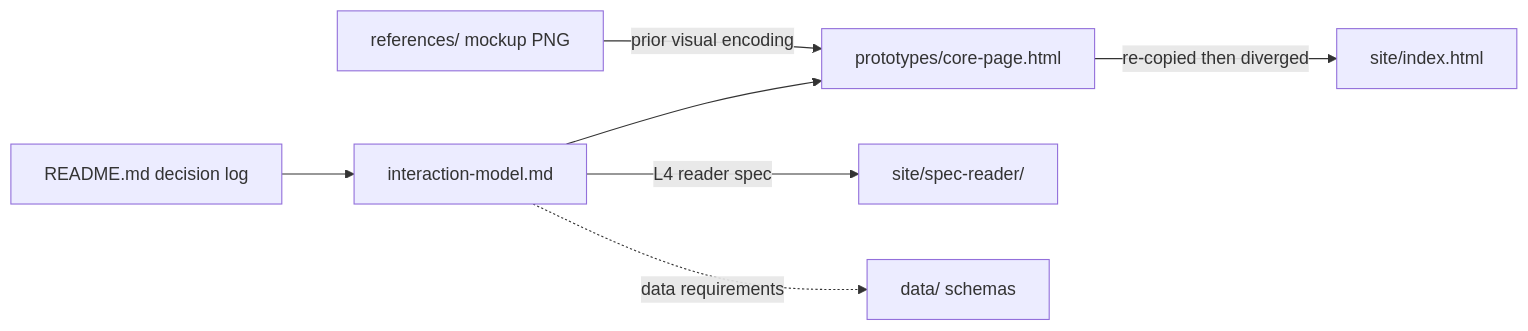
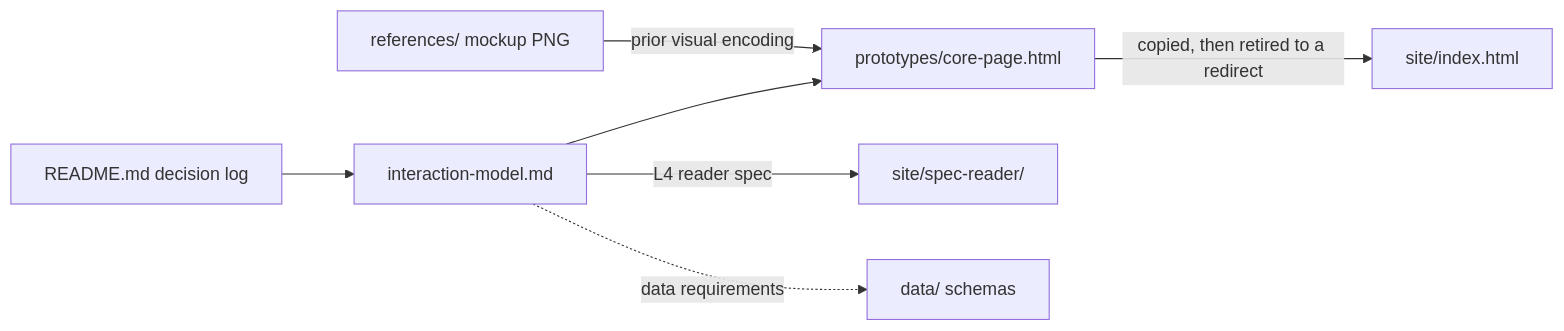
One commit to AndresCotton/ai-character-index changed the diagram in design/OVERVIEW.md. Above: the diagram before and after it, drawn with Mermaid. The commit also changed other lines of this file and 11 other files, not shown here.

First line of the commit message:
refactor(site): retire the index prototype -- the reader is the landing page

````diff
--- a/design/OVERVIEW.md
+++ b/design/OVERVIEW.md
@@ -20,9 +20,9 @@
 ```mermaid
 graph LR
   LOG["README.md decision log"] --> IM["interaction-model.md"]
   IM --> PROTO["prototypes/core-page.html"]
   REF["references/ mockup PNG"] -->|prior visual encoding| PROTO
-  PROTO -->|re-copied then diverged| IDX["site/index.html"]
+  PROTO -->|copied, then retired to a redirect| IDX["site/index.html"]
   IM -->|L4 reader spec| SR["site/spec-reader/"]
   IM -.->|data requirements| DATA["data/ schemas"]
 ```
````
